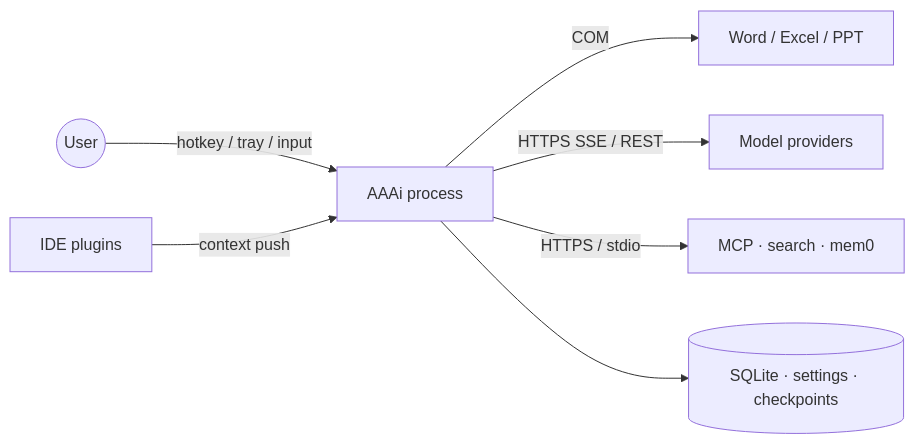
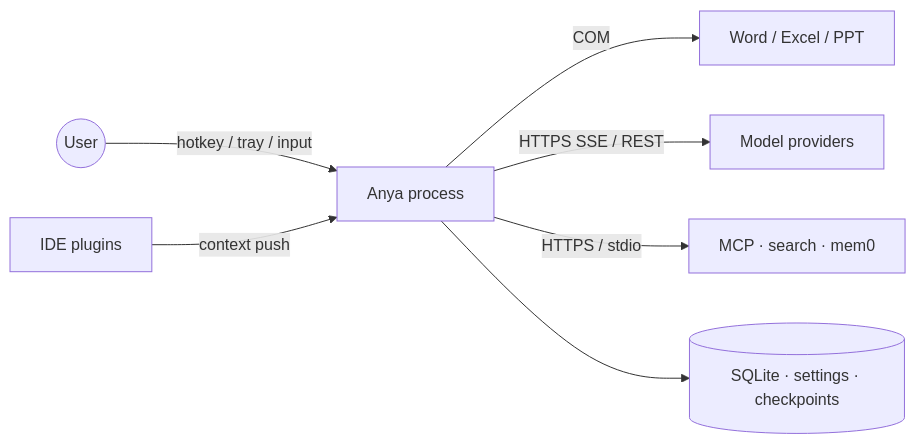
One commit to rururunu/AAAi changed the first of 11 diagrams in docs/architecture-overview.md. Above: the diagram before and after it, drawn with Mermaid. The commit also changed other lines of this file and 153 other files, not shown here.

Commit message:
feat: Anya 品牌化、自定义厂商预设与聊天/存储优化 - 产品更名 Anya（图标、文档、发版产物与 eval 二进制） - 自定义提供商：MiMo / 智谱 GLM / 火山方舟 / MiniMax / Kimi 预设与图标；OpenAI /v1/models 拉模型；设置页与引导页对齐 - 会话 SQLite：索引、journal 批量写入、大 JSON 截断、按会话懒加载，降低写放大 - 思考过程续轮/折叠与工作时间线体验优化；输入区附件/文件树与提及相关改进 - 清理未使用 API，消除 dead_code 编译告警

````diff
--- a/docs/architecture-overview.md
+++ b/docs/architecture-overview.md
@@ -49,9 +49,9 @@
 ```mermaid
 flowchart LR
-  User((User)) -->|hotkey / tray / input| Host[AAAi process]
+  User((User)) -->|hotkey / tray / input| Host[Anya process]
   IDE[IDE plugins] -->|context push| Host
   Host -->|COM| Office[Word / Excel / PPT]
   Host -->|HTTPS SSE / REST| LLM[Model providers]
   Host -->|HTTPS / stdio| Aux[MCP · search · mem0]
   Host --> Disk[(SQLite · settings · checkpoints)]
 ```
````
